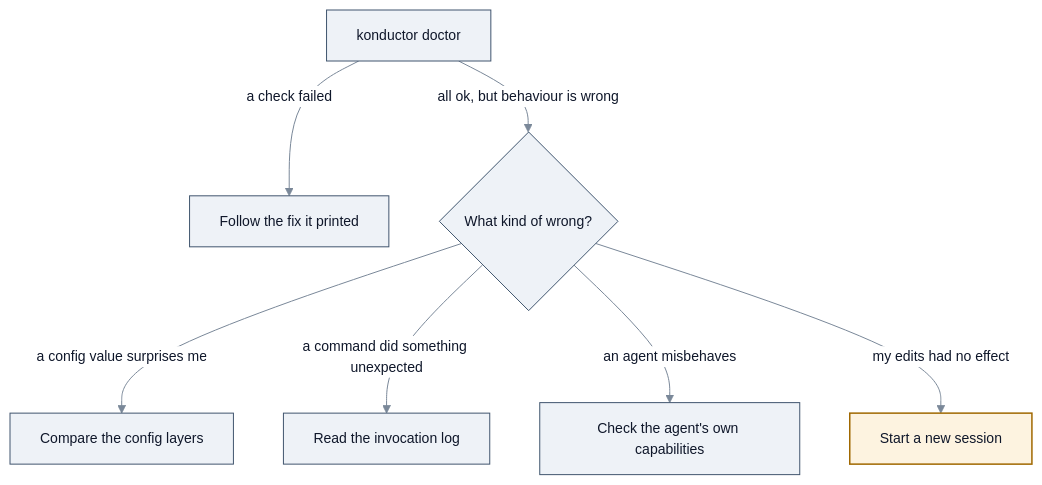
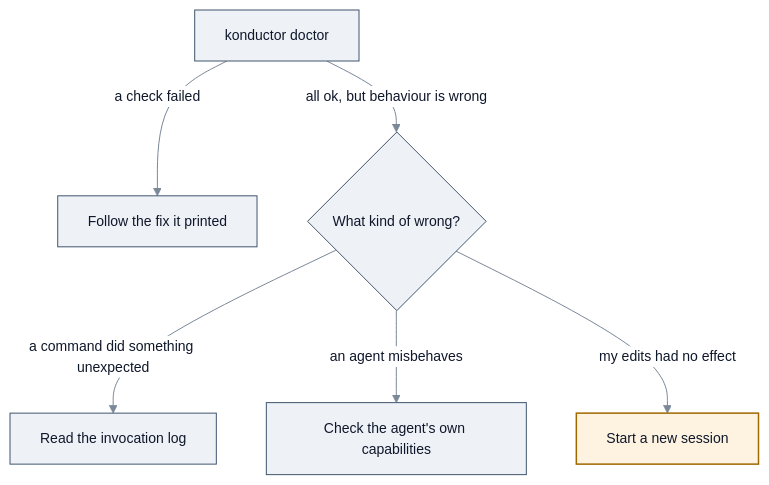
The diagram in docs/user-guide/tasks/diagnose-problems.md (aws-solutions/konductor), drawn with Mermaid before and after one commit. The commit also changed other lines of this file and 7 other files, not shown here.

````diff
--- a/docs/user-guide/tasks/diagnose-problems.md
+++ b/docs/user-guide/tasks/diagnose-problems.md
@@ -99,12 +99,11 @@
 ```mermaid
 %%{init:{'theme':'base','themeVariables':{'fontSize':'14px','primaryColor':'#eef2f7','primaryTextColor':'#0f172a','primaryBorderColor':'#40556e','lineColor':'#7a8899','textColor':'#0f172a','edgeLabelBackground':'#ffffff','clusterBkg':'#fafbfc','clusterBorder':'#c9d2dc'}}}%%
 flowchart TD
     D["konductor doctor"] -->|"a check failed"| F["Follow the fix it printed"]
     D -->|"all ok, but behaviour is wrong"| M{"What kind of wrong?"}
-    M -->|"a config value surprises me"| C["Compare the config layers"]
     M -->|"a command did something unexpected"| L["Read the invocation log"]
     M -->|"an agent misbehaves"| A["Check the agent's own capabilities"]
     M -->|"my edits had no effect"| S["Start a new session"]:::gate
 
     classDef gate fill:#fdf3e0,stroke:#a06800,stroke-width:1.5px,color:#0f172a;
 ```
````
